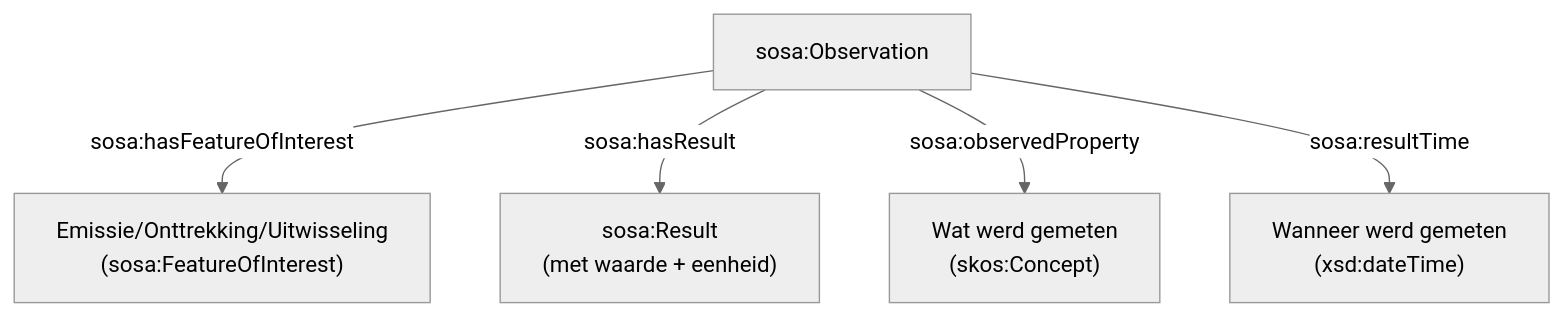
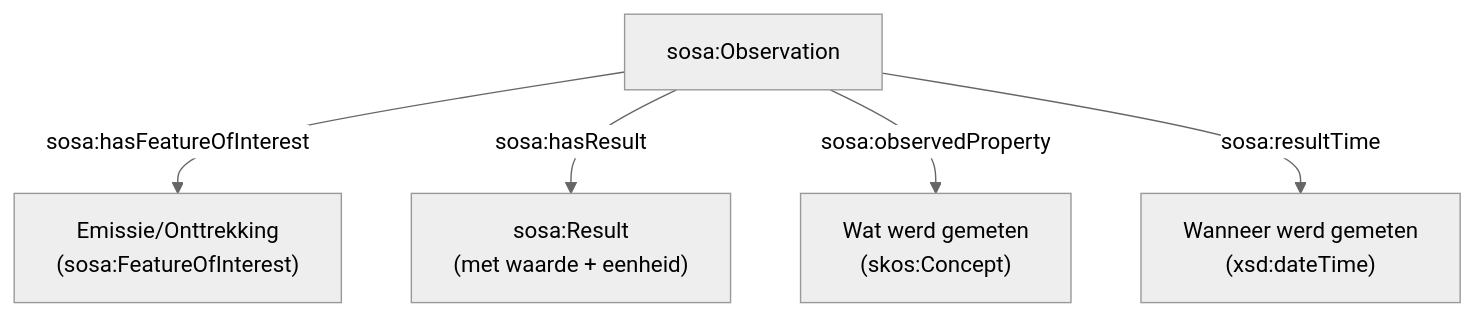
One commit to milieuinfo/RIE-IEPR changed the diagram in documentatie/datamodel/afname/BASISAANNAME.md. Above: the diagram before and after it, drawn with Mermaid (neutral theme). The commit also changed other lines of this file and 11 other files, not shown here.

````diff
--- a/documentatie/datamodel/afname/BASISAANNAME.md
+++ b/documentatie/datamodel/afname/BASISAANNAME.md
@@ -116,7 +116,7 @@
 ```mermaid
 graph TD
-    Observatie["sosa:Observation"] -->|sosa:hasFeatureOfInterest| FOI["Emissie/Onttrekking/Uitwisseling<br/>(sosa:FeatureOfInterest)"]
+    Observatie["sosa:Observation"] -->|sosa:hasFeatureOfInterest| FOI["Emissie/Onttrekking<br/>(sosa:FeatureOfInterest)"]
     Observatie -->|sosa:hasResult| Resultaat["sosa:Result<br/>(met waarde + eenheid)"]
     Observatie -->|sosa:observedProperty| Property["Wat werd gemeten<br/>(skos:Concept)"]
     Observatie -->|sosa:resultTime| Tijd["Wanneer werd gemeten<br/>(xsd:dateTime)"]
 ```
````
